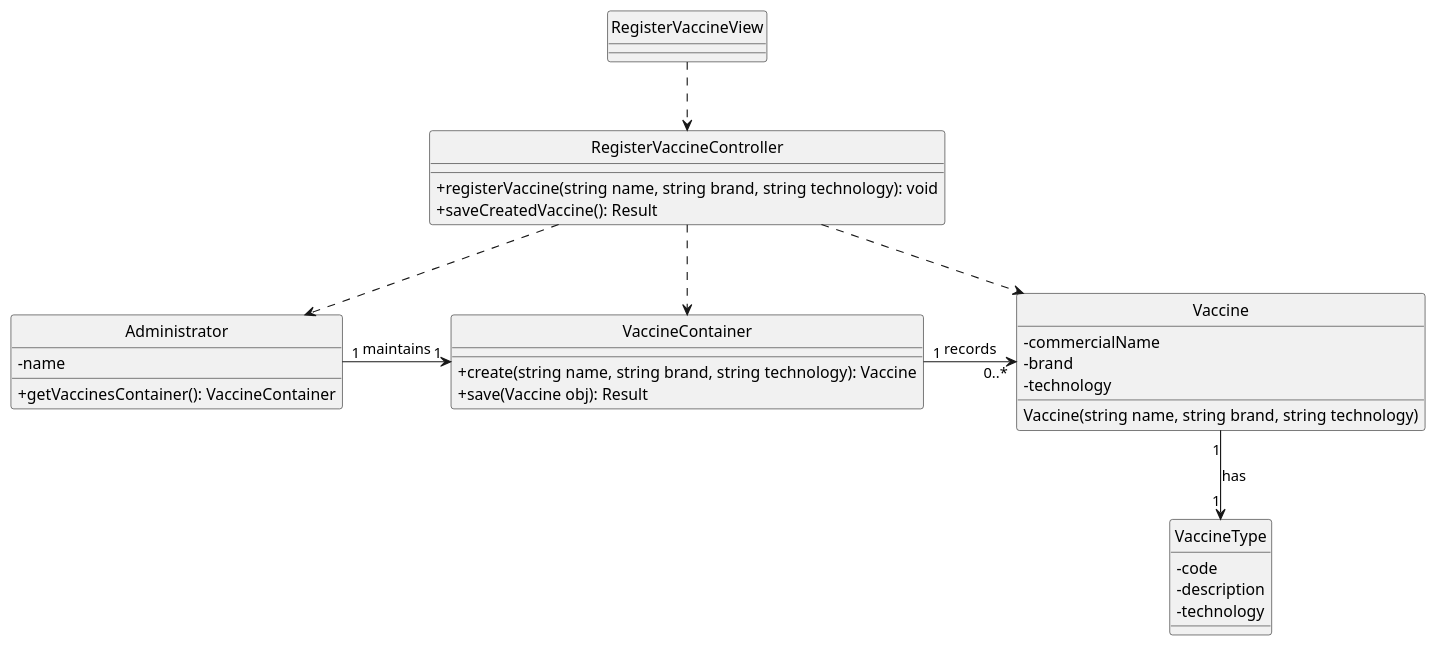
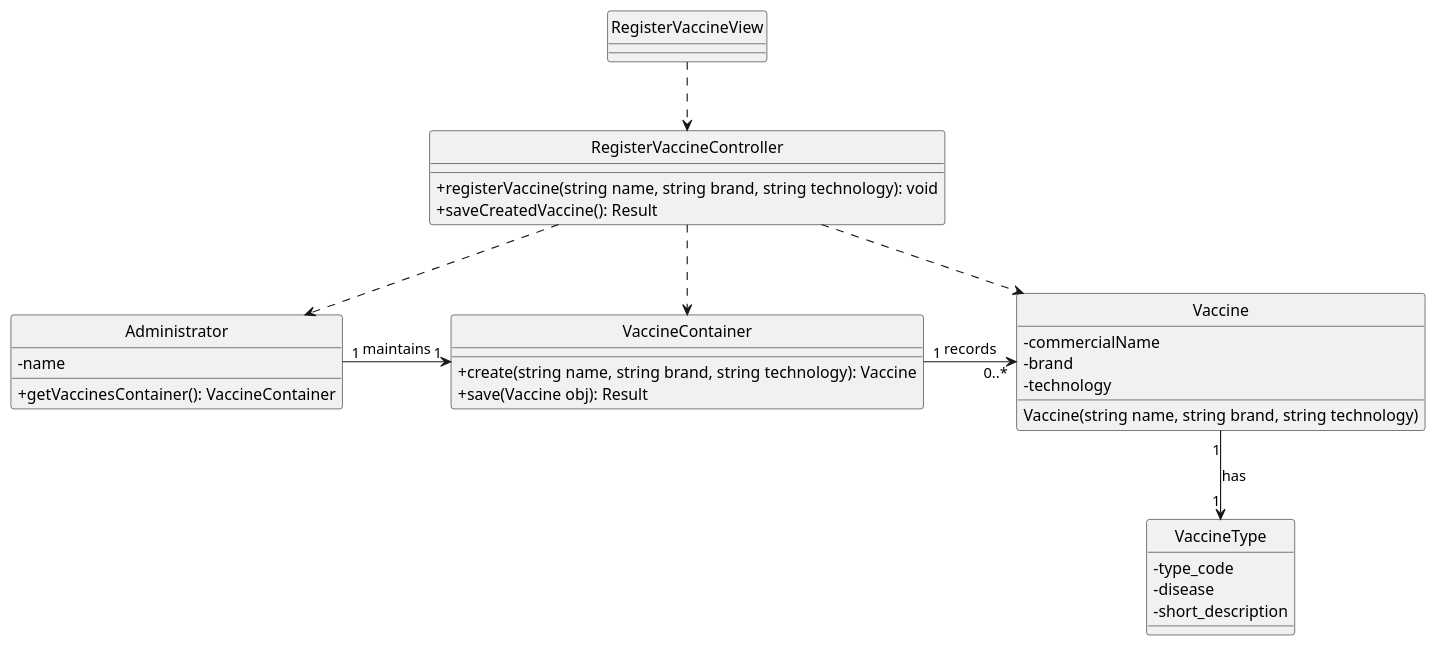
The diagram in docs/Sprint2/US11/puml/US11-CD.puml (Parafita123/leti-esoft-25-26-B1), drawn with PlantUML before and after one commit. The commit also changed 5 other files, not shown here.

Commit message:
atualizações diagramas

```diff
--- a/docs/Sprint2/US11/puml/US11-CD.puml
+++ b/docs/Sprint2/US11/puml/US11-CD.puml
@@ -1,47 +1,47 @@
 @startuml
 'https://plantuml.com/class-diagram
 
 hide circle
 skinparam classAttributeIconSize 0
 
 class RegisterVaccineView {
 }
 
 class RegisterVaccineController {
     +registerVaccine(string name, string brand, string technology): void
     +saveCreatedVaccine(): Result
 }
 
 class Administrator {
     - name
     +getVaccinesContainer(): VaccineContainer
 }
 
 class VaccineContainer {
     +create(string name, string brand, string technology): Vaccine
     +save(Vaccine obj): Result
 }
 
 class Vaccine {
     - commercialName
     - brand
     - technology
     Vaccine(string name, string brand, string technology)
 }
 
 class VaccineType {
-    - code
-    - description
-    - technology
+    - type_code
+    - disease
+    - short_description
 }
 
 Administrator "1" -right-> "1" VaccineContainer:  maintains
 VaccineContainer "1" -right-> "0..*" Vaccine:  records
 Vaccine "1" -down-> "1" VaccineType:  has
 
 RegisterVaccineView ..> RegisterVaccineController
 RegisterVaccineController ..> Administrator
 RegisterVaccineController ..> VaccineContainer
 RegisterVaccineController ..> Vaccine
 
 @enduml
```
